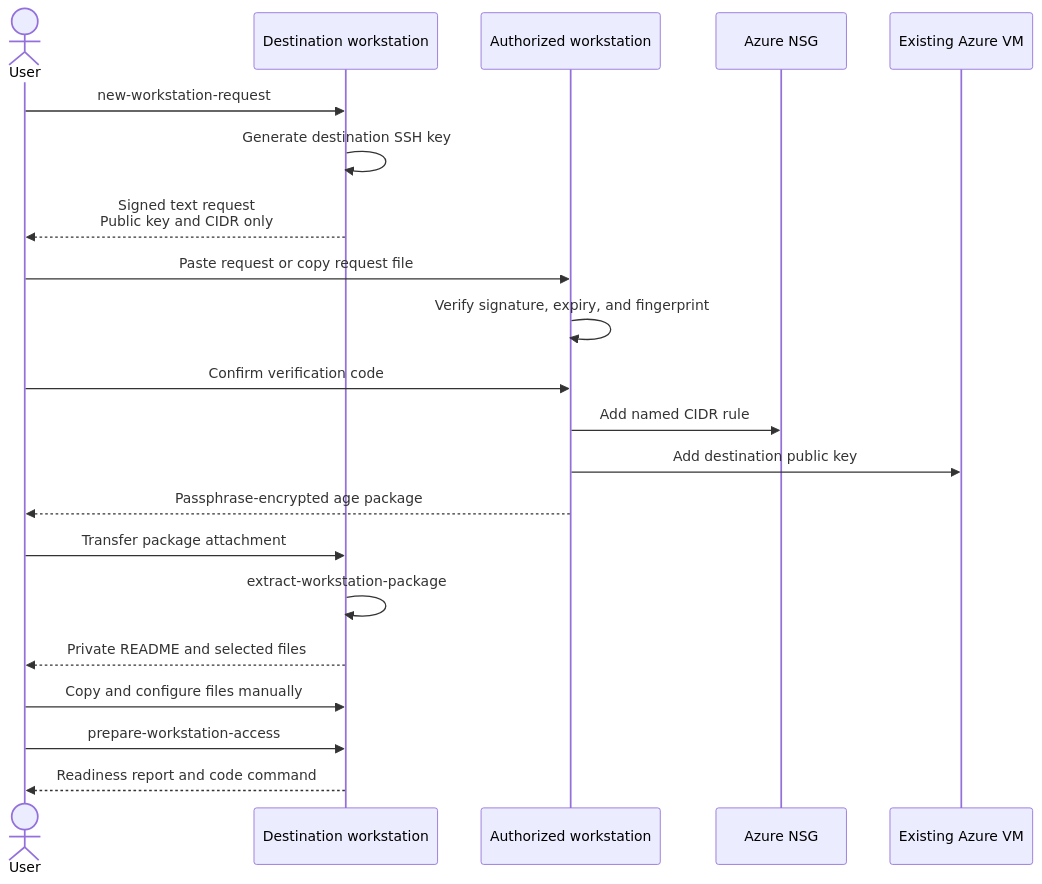
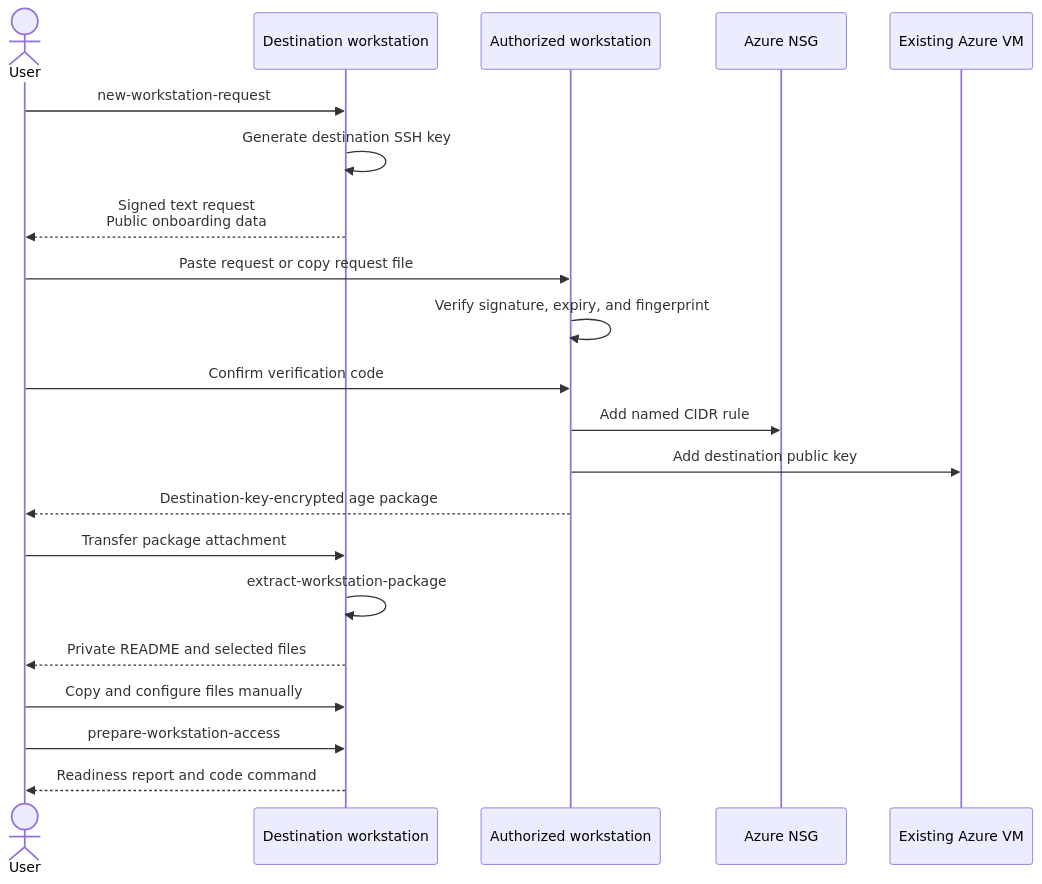
One commit to viscalyx/Kravhantering changed the diagram in docs/development/azure-vm-remote-ssh-development.md. Above: the diagram before and after it, drawn with Mermaid. The commit also changed other lines of this file and 8 other files, not shown here.

````diff
--- a/docs/development/azure-vm-remote-ssh-development.md
+++ b/docs/development/azure-vm-remote-ssh-development.md
@@ -992,24 +992,24 @@
 ```mermaid
 sequenceDiagram
     actor User
     participant Destination as Destination workstation
     participant Source as Authorized workstation
     participant Azure as Azure NSG
     participant VM as Existing Azure VM
 
     User->>Destination: new-workstation-request
     Destination->>Destination: Generate destination SSH key
-    Destination-->>User: Signed text request<br/>Public key and CIDR only
+    Destination-->>User: Signed text request<br/>Public onboarding data
     User->>Source: Paste request or copy request file
     Source->>Source: Verify signature, expiry, and fingerprint
     User->>Source: Confirm verification code
     Source->>Azure: Add named CIDR rule
     Source->>VM: Add destination public key
-    Source-->>User: Passphrase-encrypted age package
+    Source-->>User: Destination-key-encrypted age package
     User->>Destination: Transfer package attachment
     Destination->>Destination: extract-workstation-package
     Destination-->>User: Private README and selected files
     User->>Destination: Copy and configure files manually
     User->>Destination: prepare-workstation-access
     Destination-->>User: Readiness report and code command
 ```
````
